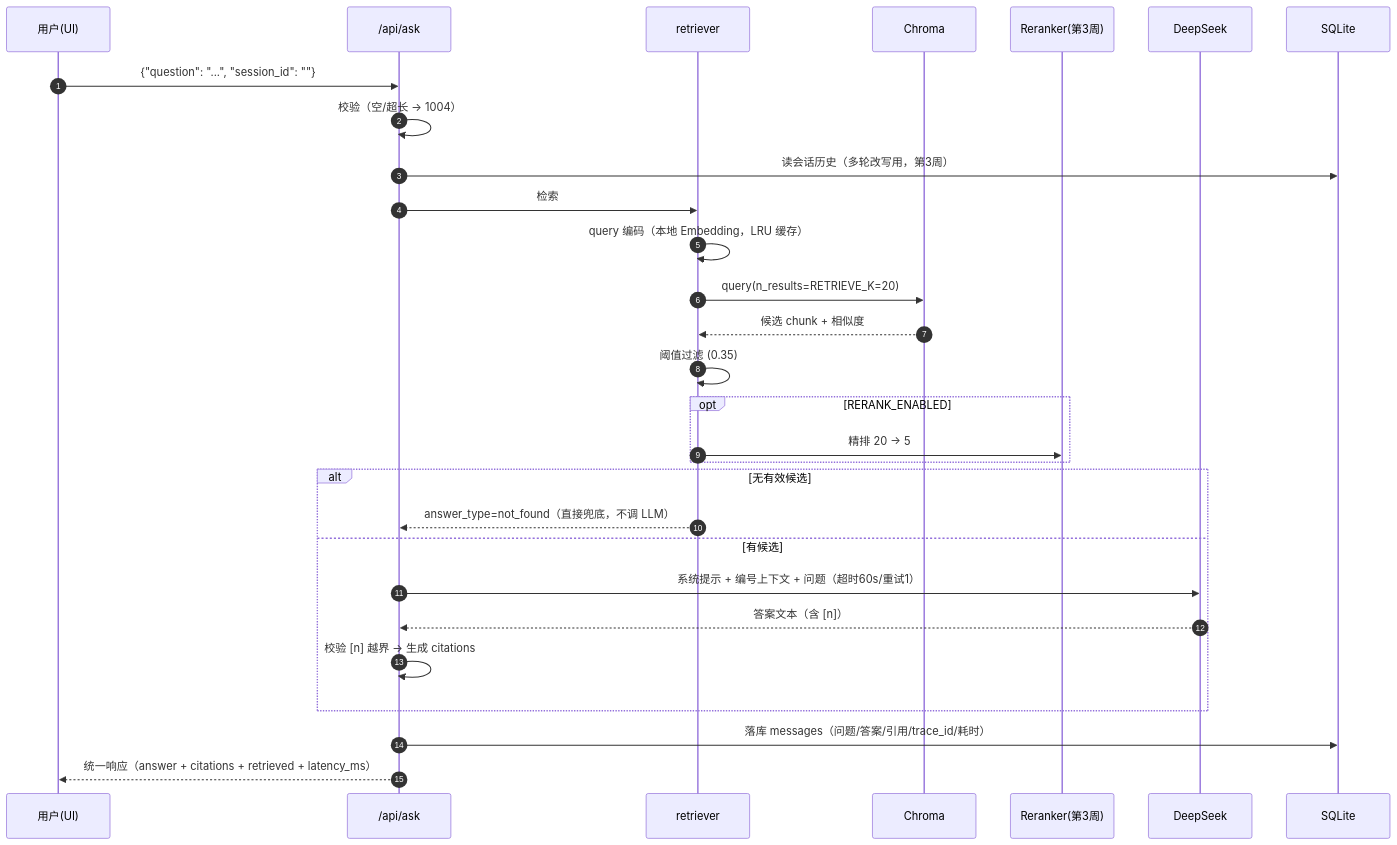
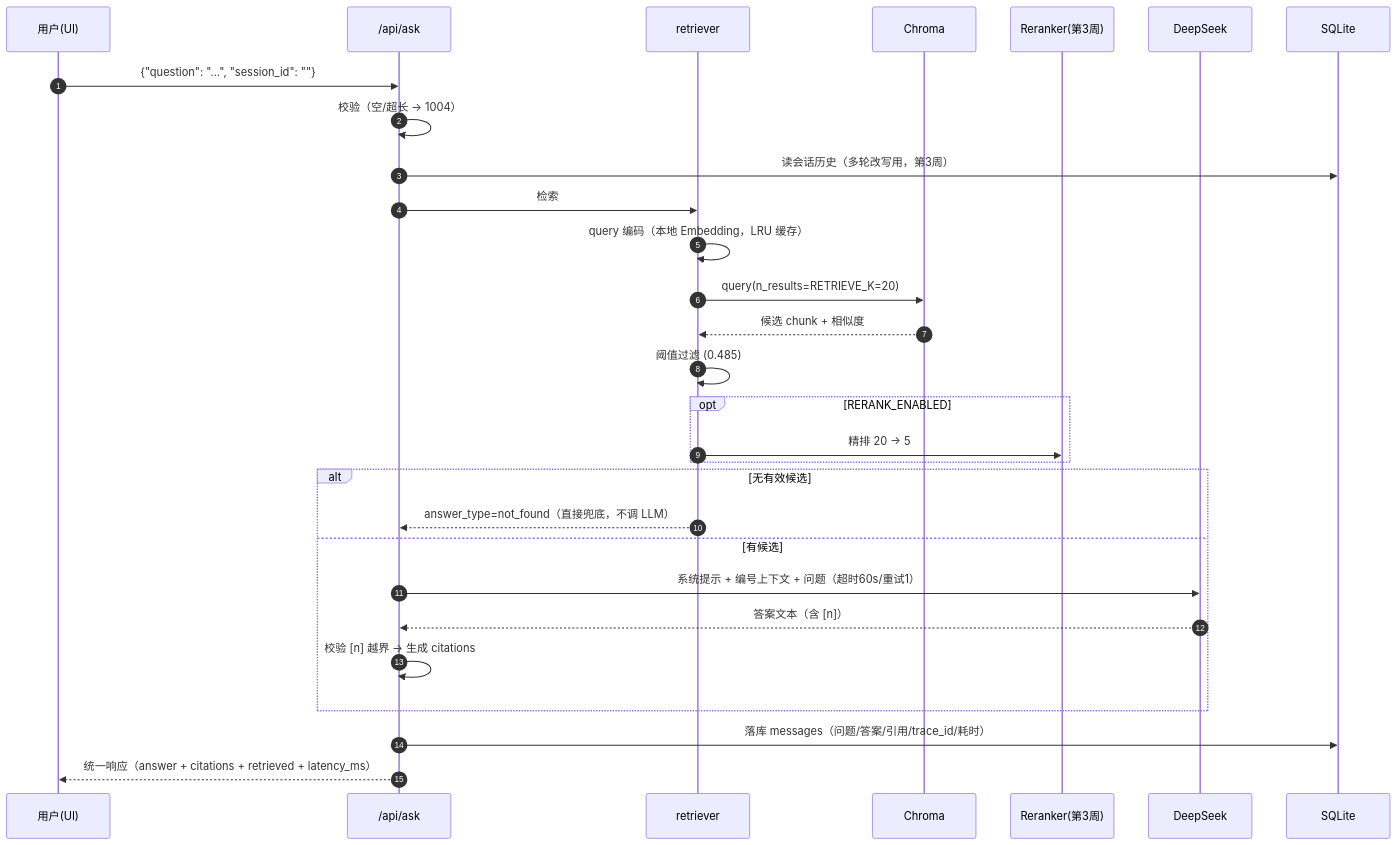
Before and after one commit to homelessnmsl/aiQAsystem: the fifth of 5 diagrams in docs/架构设计.md, drawn with Mermaid. The commit also changed other lines of this file and 9 other files, not shown here.

````diff
--- a/docs/架构设计.md
+++ b/docs/架构设计.md
@@ -664,32 +664,32 @@
 ```mermaid
 sequenceDiagram
     autonumber
     participant U as 用户(UI)
     participant API as /api/ask
     participant RT as retriever
     participant CH as Chroma
     participant RK as Reranker(第3周)
     participant LLM as DeepSeek
     participant DB as SQLite
 
     U->>API: {"question": "...", "session_id": ""}
     API->>API: 校验（空/超长 → 1004）
     API->>DB: 读会话历史（多轮改写用，第3周）
     API->>RT: 检索
     RT->>RT: query 编码（本地 Embedding，LRU 缓存）
     RT->>CH: query(n_results=RETRIEVE_K=20)
     CH-->>RT: 候选 chunk + 相似度
-    RT->>RT: 阈值过滤 (0.35)
+    RT->>RT: 阈值过滤 (0.485)
     opt RERANK_ENABLED
         RT->>RK: 精排 20 → 5
     end
     alt 无有效候选
         RT-->>API: answer_type=not_found（直接兜底，不调 LLM）
     else 有候选
         API->>LLM: 系统提示 + 编号上下文 + 问题（超时60s/重试1）
         LLM-->>API: 答案文本（含 [n]）
         API->>API: 校验 [n] 越界 → 生成 citations
     end
     API->>DB: 落库 messages（问题/答案/引用/trace_id/耗时）
     API-->>U: 统一响应（answer + citations + retrieved + latency_ms）
 ```
````
